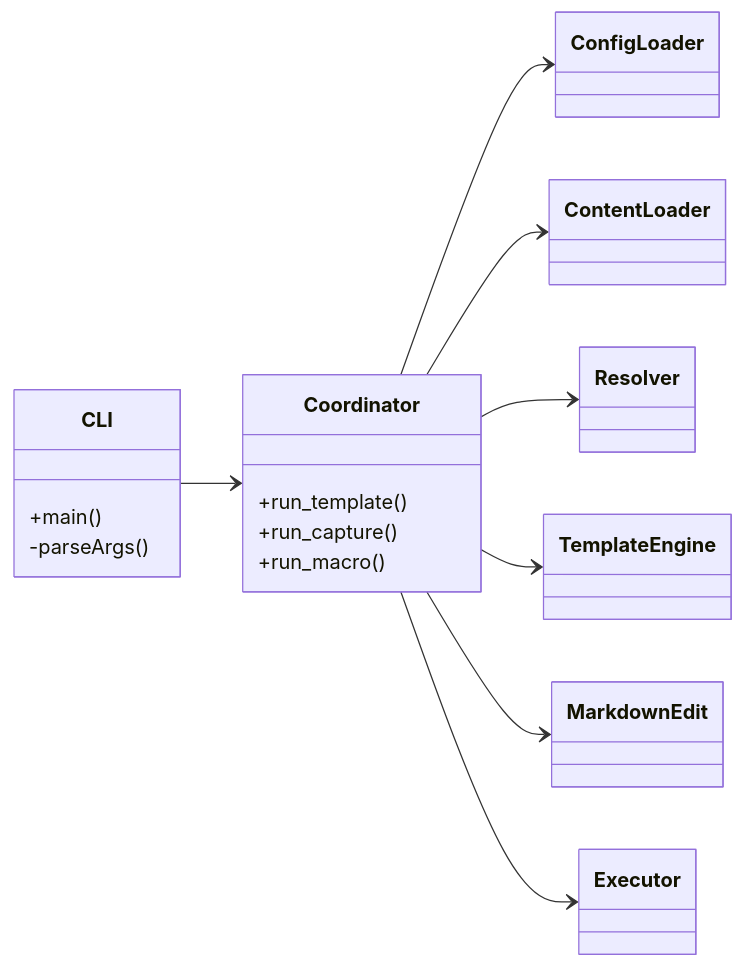
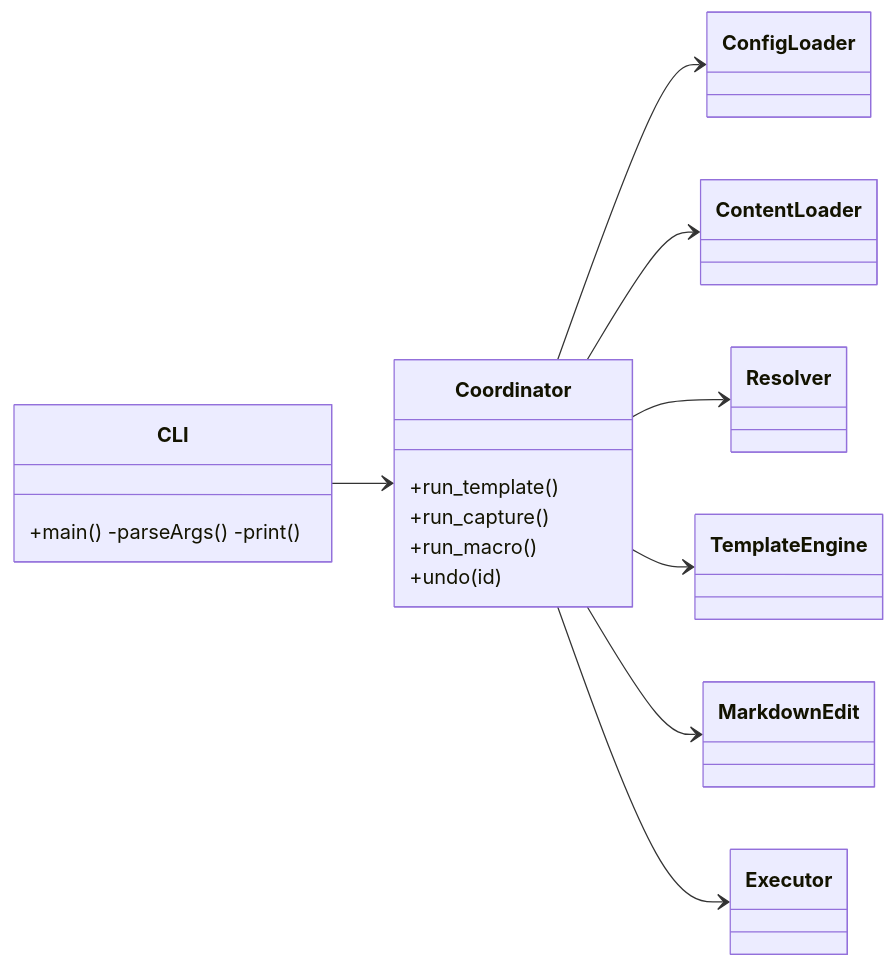
Before and after one commit to agustinvalencia/mdvault: diagram 13 of 22 in docs/01_development_plan.md, drawn with Mermaid. The commit also changed other lines of this file and 2 other files, not shown here.

````diff
--- a/docs/01_development_plan.md
+++ b/docs/01_development_plan.md
@@ -349,21 +360,18 @@
 ```mermaid
 classDiagram
   direction LR
   class Coordinator {
     +run_template()
     +run_capture()
     +run_macro()
+    +undo(id)
   }
-  class CLI {
-    +main()
-    -parseArgs()
-  }
-
+  class CLI { +main() -parseArgs() -print() }
   CLI --> Coordinator
   Coordinator --> ConfigLoader
   Coordinator --> ContentLoader
   Coordinator --> Resolver
   Coordinator --> TemplateEngine
   Coordinator --> MarkdownEdit
   Coordinator --> Executor
 ```
````
